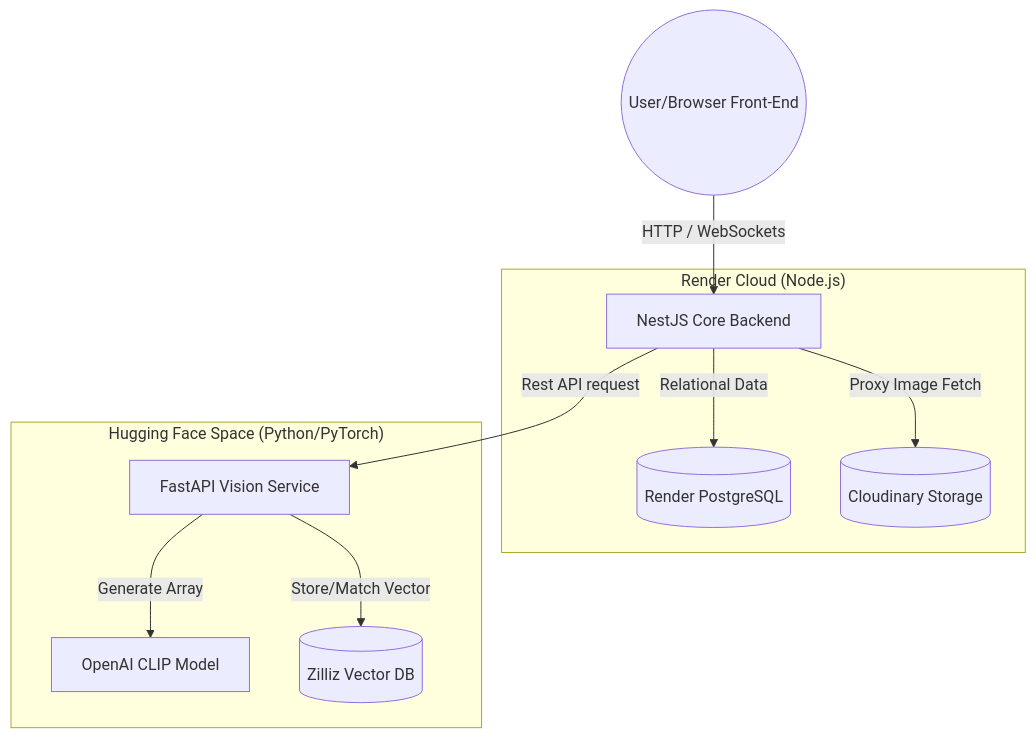
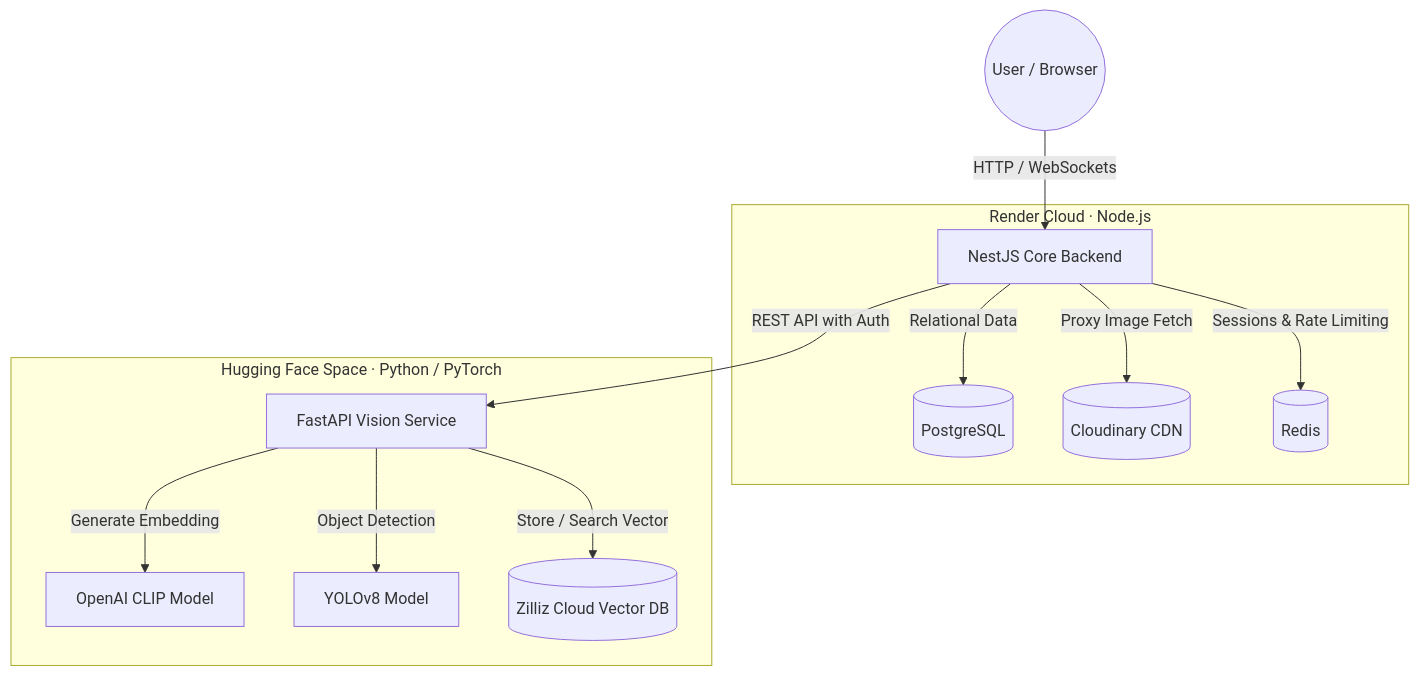
Before and after one commit to ankit-372/universal-recovery-system: the first of 2 diagrams in README.md, drawn with Mermaid. The commit also changed other lines of this file and 11 other files, not shown here.

````diff
--- a/README.md
+++ b/README.md
@@ -24,15 +17,17 @@
 ```mermaid
 graph TD
-    User((User/Browser Front-End)) -->|HTTP / WebSockets| Gateway[NestJS Core Backend]
+    User((User / Browser)) -->|HTTP / WebSockets| Gateway[NestJS Core Backend]
     
-    subgraph "Render Cloud (Node.js)"
-        Gateway -->|Relational Data| PG[(Render PostgreSQL)]
-        Gateway -->|Proxy Image Fetch| Cloudinary[(Cloudinary Storage)]
+    subgraph "Render Cloud · Node.js"
+        Gateway -->|Relational Data| PG[(PostgreSQL)]
+        Gateway -->|Proxy Image Fetch| Cloudinary[(Cloudinary CDN)]
+        Gateway -->|Sessions & Rate Limiting| Redis[(Redis)]
     end
     
-    subgraph "Hugging Face Space (Python/PyTorch)"
-        Gateway -->|Rest API request| Vision[FastAPI Vision Service]
-        Vision -->|Generate Array| CLIP[OpenAI CLIP Model]
-        Vision -->|Store/Match Vector| Zilliz[(Zilliz Vector DB)]
+    subgraph "Hugging Face Space · Python / PyTorch"
+        Gateway -->|REST API with Auth| Vision[FastAPI Vision Service]
+        Vision -->|Generate Embedding| CLIP[OpenAI CLIP Model]
+        Vision -->|Object Detection| YOLO[YOLOv8 Model]
+        Vision -->|Store / Search Vector| Zilliz[(Zilliz Cloud Vector DB)]
     end
 ```
````
